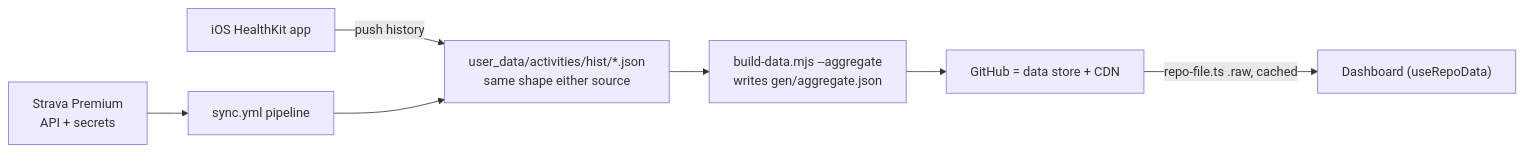
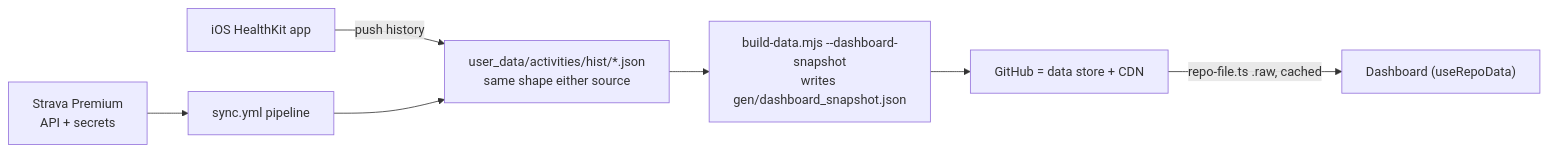
One commit to sibling-shipyard/coach-hq changed the fourth of 7 diagrams in docs/eng-docs/scaling-plan.md. Above: the diagram before and after it, drawn with Mermaid. The commit also changed other lines of this file and 69 other files, not shown here.

Commit message:
core: rebuild dashboard snapshot and add athlete insights

````diff
--- a/docs/eng-docs/scaling-plan.md
+++ b/docs/eng-docs/scaling-plan.md
@@ -183,9 +183,9 @@
 ```mermaid
 flowchart LR
   strava["Strava Premium<br/>API + secrets"] --> sync["sync.yml pipeline"]
   ios["iOS HealthKit app"] -->|push history| hist["user_data/activities/hist/*.json<br/>same shape either source"]
   sync --> hist
-  hist --> agg["build-data.mjs --aggregate<br/>writes gen/aggregate.json"]
+  hist --> agg["build-data.mjs --dashboard-snapshot<br/>writes gen/dashboard_snapshot.json"]
   agg --> ghcdn["GitHub = data store + CDN"]
   ghcdn -->|repo-file.ts .raw, cached| dash["Dashboard (useRepoData)"]
 ```
````
